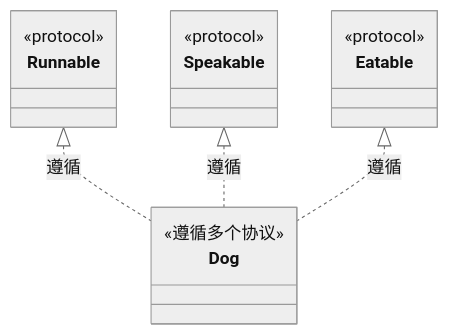
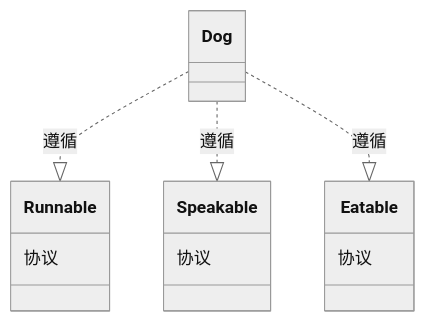
Before and after one commit to AmatsuZero/LastStand: the second of 6 diagrams in content/posts/interview/ios-advanced/OOP-POP-AOP/index.md, drawn with Mermaid (neutral theme). The commit also changed 3 other files, not shown here.

First line of the commit message:
fix: 修复 Mermaid 11 classDiagram stereotype 白名单渲染失败

````diff
--- a/content/posts/interview/ios-advanced/OOP-POP-AOP/index.md
+++ b/content/posts/interview/ios-advanced/OOP-POP-AOP/index.md
@@ -224,18 +224,16 @@
 ```mermaid
 classDiagram
     class Runnable {
-        <<protocol>>
+        协议
     }
     class Speakable {
-        <<protocol>>
+        协议
     }
     class Eatable {
-        <<protocol>>
+        协议
     }
-    class Dog {
-        <<遵循多个协议>>
-    }
-    Runnable <|.. Dog : 遵循
-    Speakable <|.. Dog : 遵循
-    Eatable <|.. Dog : 遵循
+    class Dog
+    Dog ..|> Runnable : 遵循
+    Dog ..|> Speakable : 遵循
+    Dog ..|> Eatable : 遵循
 ```
````
